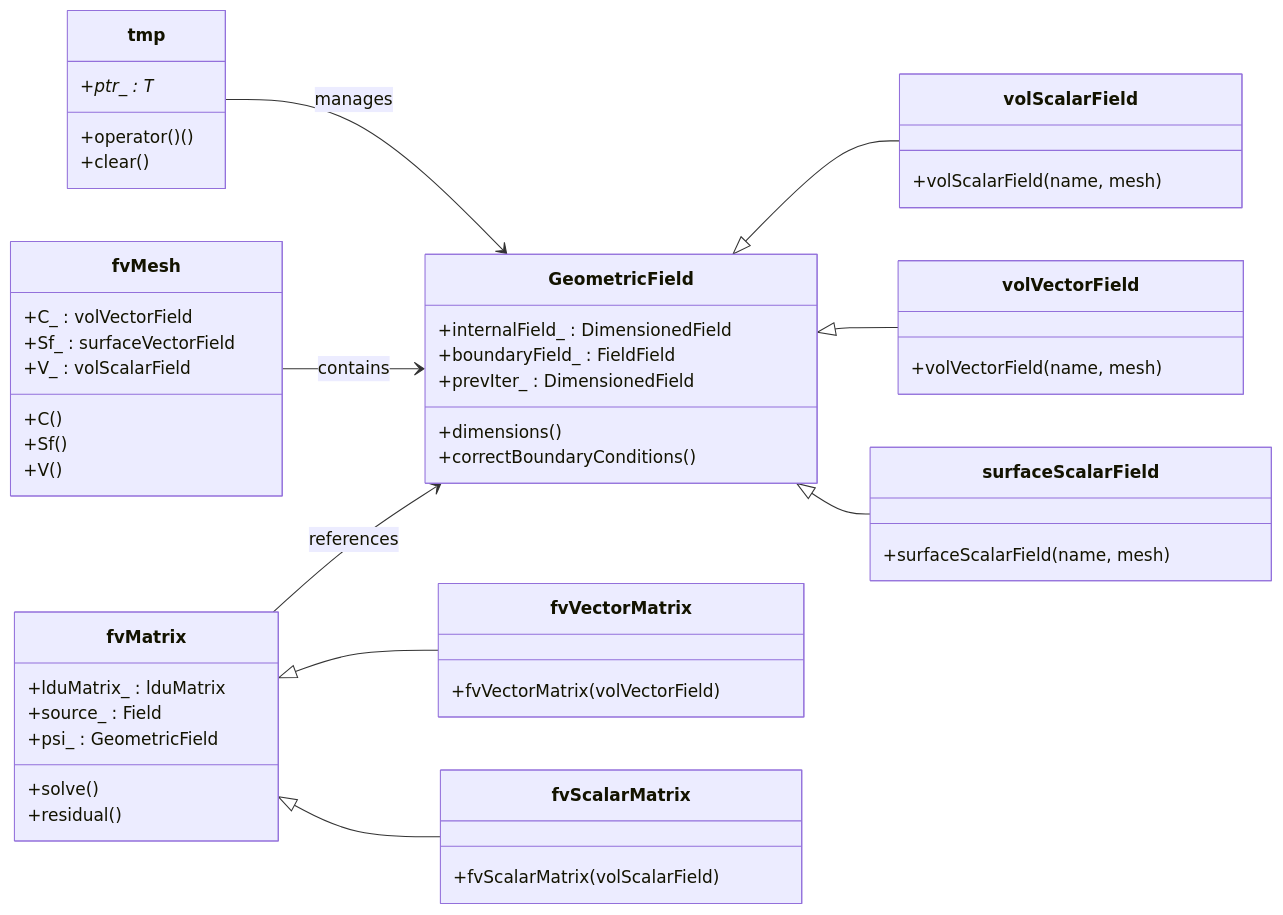
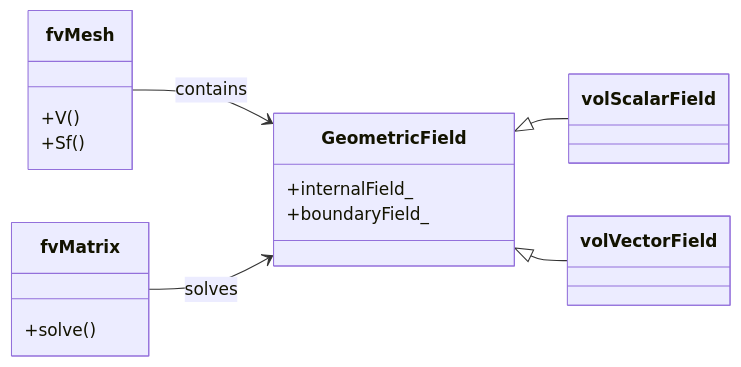
One commit to wramet/build-my-cfd changed the diagram in daily_learning/2026-01-01.md. Above: the diagram before and after it, drawn with Mermaid. The commit also changed other lines of this file and 2 other files, not shown here.

`````diff
--- a/daily_learning/2026-01-01.md
+++ b/daily_learning/2026-01-01.md
@@ -157,65 +167,19 @@
 ```mermaid
 classDiagram
-    %% เรียงจากซ้ายไปขวา (ช่วยเรื่องพื้นที่แนวนอน)
     direction LR
-
     class GeometricField {
-        +internalField_ : DimensionedField
-        +boundaryField_ : FieldField
-        +prevIter_ : DimensionedField
-        +dimensions()
-        +correctBoundaryConditions()
+        +internalField_
+        +boundaryField_
     }
-
-    class volScalarField {
-        +volScalarField(name, mesh)
+    class fvMatrix {
+        +solve()
     }
-
-    class volVectorField {
-        +volVectorField(name, mesh)
+    class fvMesh {
+        +V()
+        +Sf()
     }
-
-    class surfaceScalarField {
-        +surfaceScalarField(name, mesh)
-    }
-
-    class fvMatrix {
-        +lduMatrix_ : lduMatrix
-        +source_ : Field
-        +psi_ : GeometricField
-        +solve()
-        +residual()
-    }
-
-    class fvVectorMatrix {
-        +fvVectorMatrix(volVectorField)
-    }
-
-    class fvScalarMatrix {
-        +fvScalarMatrix(volScalarField)
-    }
-
-    class tmp {
-        +ptr_ : T*
-        +operator()()
-        +clear()
-    }
-
-    class fvMesh {
-        +C_ : volVectorField
-        +Sf_ : surfaceVectorField
-        +V_ : volScalarField
-        +C()
-        +Sf()
-        +V()
-    }
-
     GeometricField <|-- volScalarField
     GeometricField <|-- volVectorField
-    GeometricField <|-- surfaceScalarField
-    fvMatrix <|-- fvVectorMatrix
-    fvMatrix <|-- fvScalarMatrix
-    tmp --> GeometricField : manages
     fvMesh --> GeometricField : contains
-    fvMatrix --> GeometricField : references
-````
+    fvMatrix --> GeometricField : solves
+```
`````
